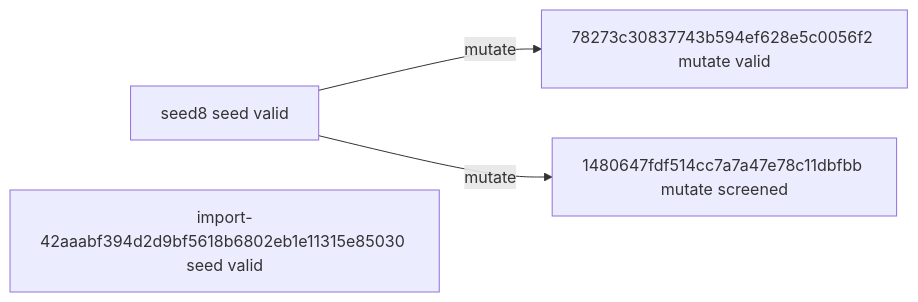
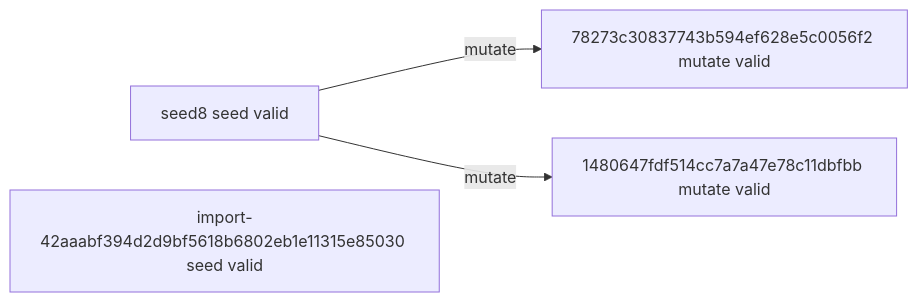
The diagram in experiments/campaigns/discrete-local-v1/README.md (timbtz/feyer-search-lab), drawn with Mermaid before and after one commit. The commit also changed other lines of this file and 7 other files, not shown here.

Commit message:
Record DAG campaign 1480647fdf514cc7a7a47e78c11dbfbb-full

````diff
--- a/experiments/campaigns/discrete-local-v1/README.md
+++ b/experiments/campaigns/discrete-local-v1/README.md
@@ -21,9 +21,9 @@
 ```mermaid
 graph LR
   n0["seed8 seed valid"]
   n1["import-42aaabf394d2d9bf5618b6802eb1e11315e85030 seed valid"]
   n2["78273c30837743b594ef628e5c0056f2 mutate valid"]
-  n3["1480647fdf514cc7a7a47e78c11dbfbb mutate screened"]
+  n3["1480647fdf514cc7a7a47e78c11dbfbb mutate valid"]
   n0 -->|mutate| n2
   n0 -->|mutate| n3
 ```
````
